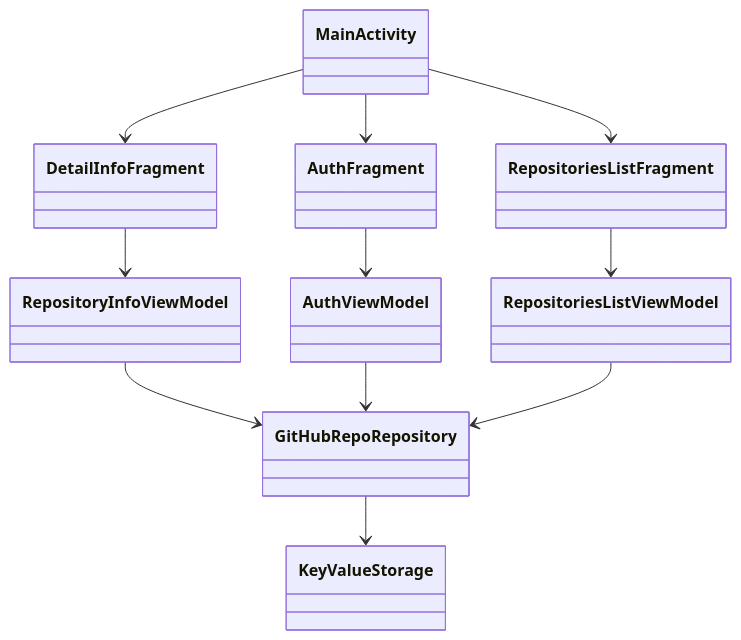
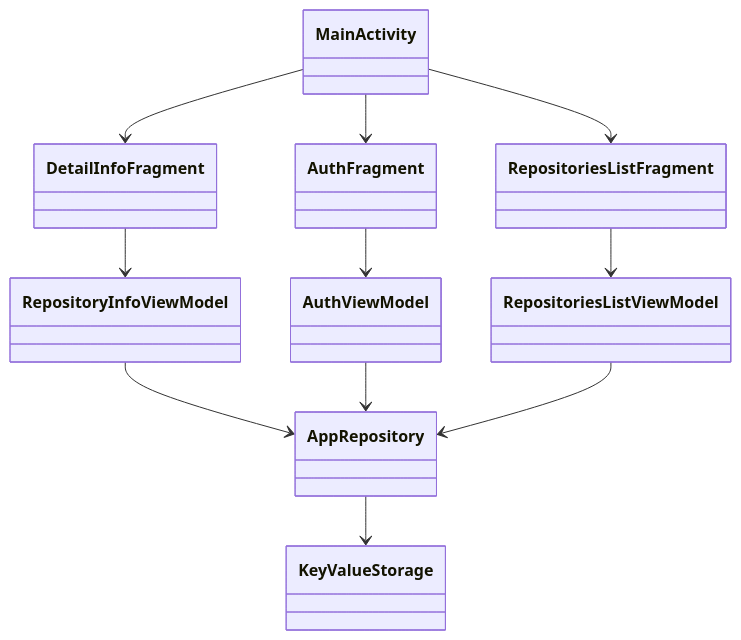
Before and after one commit to icerockdev/kmm.icerock.dev: the diagram in university/1-android-basics/practice.md, drawn with Mermaid. The commit also changed other lines of this file and 2 other files, not shown here.

Commit message:
class diagrams fixes

````diff
--- a/university/1-android-basics/practice.md
+++ b/university/1-android-basics/practice.md
@@ -155,31 +155,31 @@
 ```mermaid
    classDiagram
 
    class MainActivity:::android
    class AuthFragment:::android
    class RepositoriesListFragment:::android
    class DetailInfoFragment:::android
    
    class AuthViewModel:::android
    
    class RepositoryInfoViewModel:::android
 
    class RepositoriesListViewModel:::android
 
-   class GitHubRepoRepository:::android
+   class AppRepository:::android
    class KeyValueStorage:::android
    
    MainActivity --> AuthFragment
    MainActivity --> RepositoriesListFragment
    MainActivity --> DetailInfoFragment
    
    AuthFragment --> AuthViewModel
    RepositoriesListFragment --> RepositoriesListViewModel
    DetailInfoFragment --> RepositoryInfoViewModel
    
-   RepositoryInfoViewModel --> GitHubRepoRepository
-   AuthViewModel --> GitHubRepoRepository
-   RepositoriesListViewModel --> GitHubRepoRepository
+   RepositoryInfoViewModel --> AppRepository
+   AuthViewModel --> AppRepository
+   RepositoriesListViewModel --> AppRepository
    
-   GitHubRepoRepository --> KeyValueStorage
+   AppRepository --> KeyValueStorage
 ```
````
